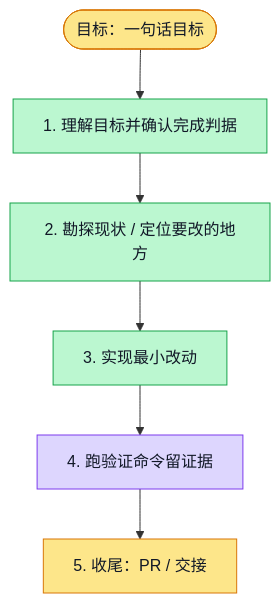
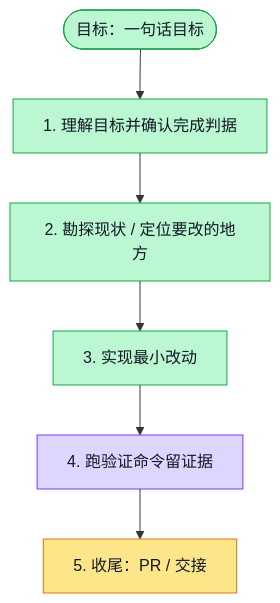
The diagram in docs/superpowers/plans/2026-10-28-sandbox-capacity.md (boardx/workspacex), drawn with Mermaid before and after one commit. The commit also changed other lines of this file and 3 other files, not shown here.

````diff
--- a/docs/superpowers/plans/2026-10-28-sandbox-capacity.md
+++ b/docs/superpowers/plans/2026-10-28-sandbox-capacity.md
@@ -17,25 +17,25 @@
 ```mermaid
 flowchart TD
   G([目标：一句话目标])
   S1[1. 理解目标并确认完成判据]
   S2[2. 勘探现状 / 定位要改的地方]
   S3[3. 实现最小改动]
   S4[4. 跑验证命令留证据]
   S5[5. 收尾：PR / 交接]
 
   G --> S1 --> S2 --> S3 --> S4 --> S5
 
   classDef todo fill:#e5e7eb,stroke:#6b7280,color:#111827
   classDef doing fill:#fde68a,stroke:#d97706,color:#111827
   classDef done fill:#bbf7d0,stroke:#16a34a,color:#111827
   classDef tested fill:#ddd6fe,stroke:#7c3aed,color:#111827
   classDef blocked fill:#fecaca,stroke:#dc2626,color:#111827
 
-  class G doing
+  class G done
   class S1 done
   class S2 done
   class S3 done
   class S4 tested
   %% evidence S4: sandbox serial: 25 files / 109 passed / 1 existing skip; contracts 1240 passed; isolated PG 30+3 passed; capacity HTTP real PID cleanup passed; docs/evidence/sandbox-capacity-5966/README.md
   class S5 doing
 ```
````
